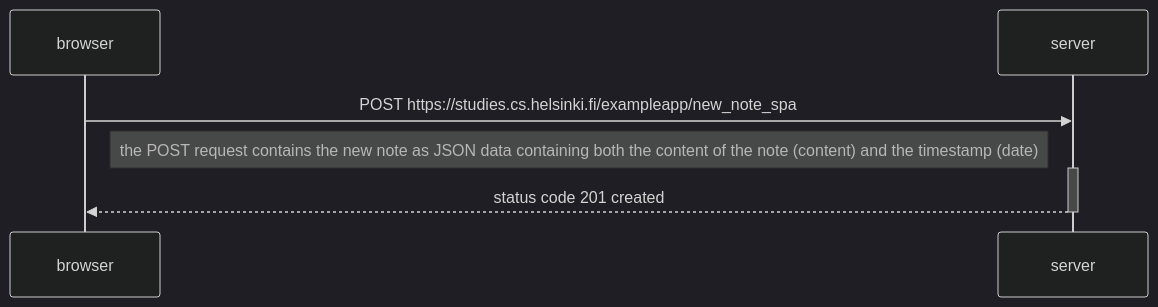
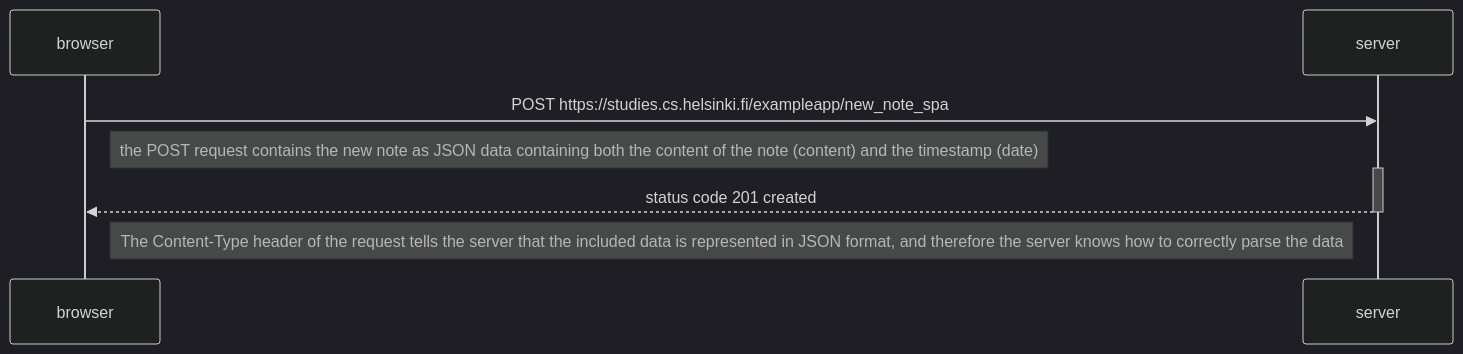
The diagram in part0/0.6.md (mehakkd/fullstack-course), drawn with Mermaid (dark theme) before and after one commit.

Commit message:
Update 0.6.md added note for server processing of request

````diff
--- a/part0/0.6.md
+++ b/part0/0.6.md
@@ -1,17 +1,17 @@
 ```mermaid
 
 sequenceDiagram
   participant browser
   participant server
 
   browser->>server: POST https://studies.cs.helsinki.fi/exampleapp/new_note_spa
   
     Note right of browser: the POST request contains the new note as JSON data containing both the content of the note (content) and the timestamp (date)
   
   activate server
   server-->>browser: status code 201 created
   deactivate server
   
-
+    Note left of server: The Content-Type header of the request tells the server that the included data is represented in JSON format, and therefore the server knows how to correctly parse the data
 
 ```
````
